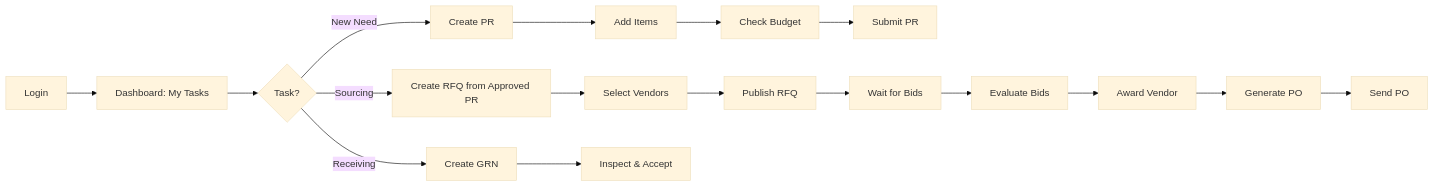
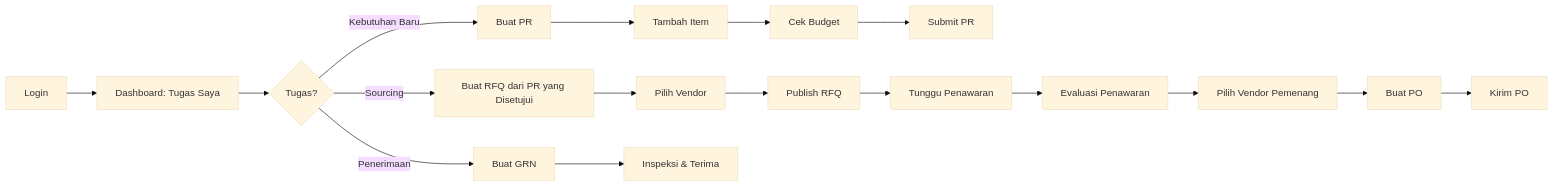
One commit to Vencore-erp/documentation changed the sixth of 13 diagrams in system_design/BUSINESS_PROCESS_MODEL.md. Above: the diagram before and after it, drawn with Mermaid (base theme). The commit also changed other lines of this file and 16 other files, not shown here.

````diff
--- a/system_design/BUSINESS_PROCESS_MODEL.md
+++ b/system_design/BUSINESS_PROCESS_MODEL.md
@@ -207,21 +207,21 @@
 ```mermaid
 flowchart LR
-    A[Login] --> B[Dashboard: My Tasks]
-    B --> C{Task?}
-    C -->|New Need| D[Create PR]
-    D --> E[Add Items]
-    E --> F[Check Budget]
+    A[Login] --> B[Dashboard: Tugas Saya]
+    B --> C{Tugas?}
+    C -->|Kebutuhan Baru| D[Buat PR]
+    D --> E[Tambah Item]
+    E --> F[Cek Budget]
     F --> G[Submit PR]
     
-    C -->|Sourcing| H[Create RFQ from Approved PR]
-    H --> I[Select Vendors]
+    C -->|Sourcing| H[Buat RFQ dari PR yang Disetujui]
+    H --> I[Pilih Vendor]
     I --> J[Publish RFQ]
-    J --> K[Wait for Bids]
-    K --> L[Evaluate Bids]
-    L --> M[Award Vendor]
-    M --> N[Generate PO]
-    N --> O[Send PO]
+    J --> K[Tunggu Penawaran]
+    K --> L[Evaluasi Penawaran]
+    L --> M[Pilih Vendor Pemenang]
+    M --> N[Buat PO]
+    N --> O[Kirim PO]
     
-    C -->|Receiving| P[Create GRN]
-    P --> Q[Inspect & Accept]
+    C -->|Penerimaan| P[Buat GRN]
+    P --> Q[Inspeksi & Terima]
 ```
````
